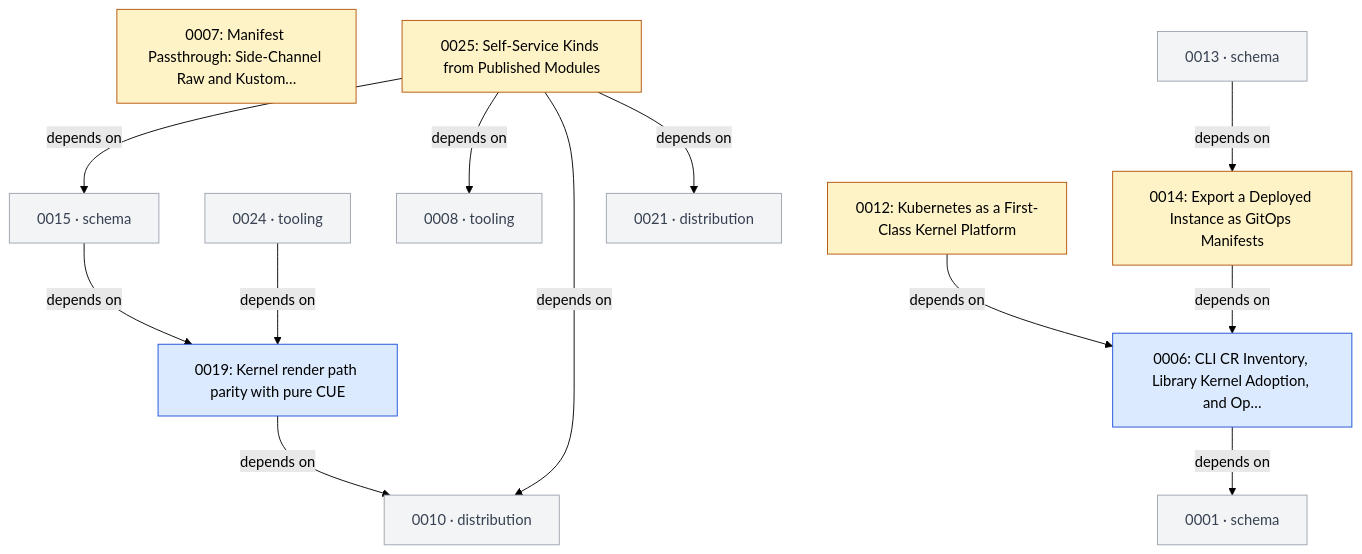
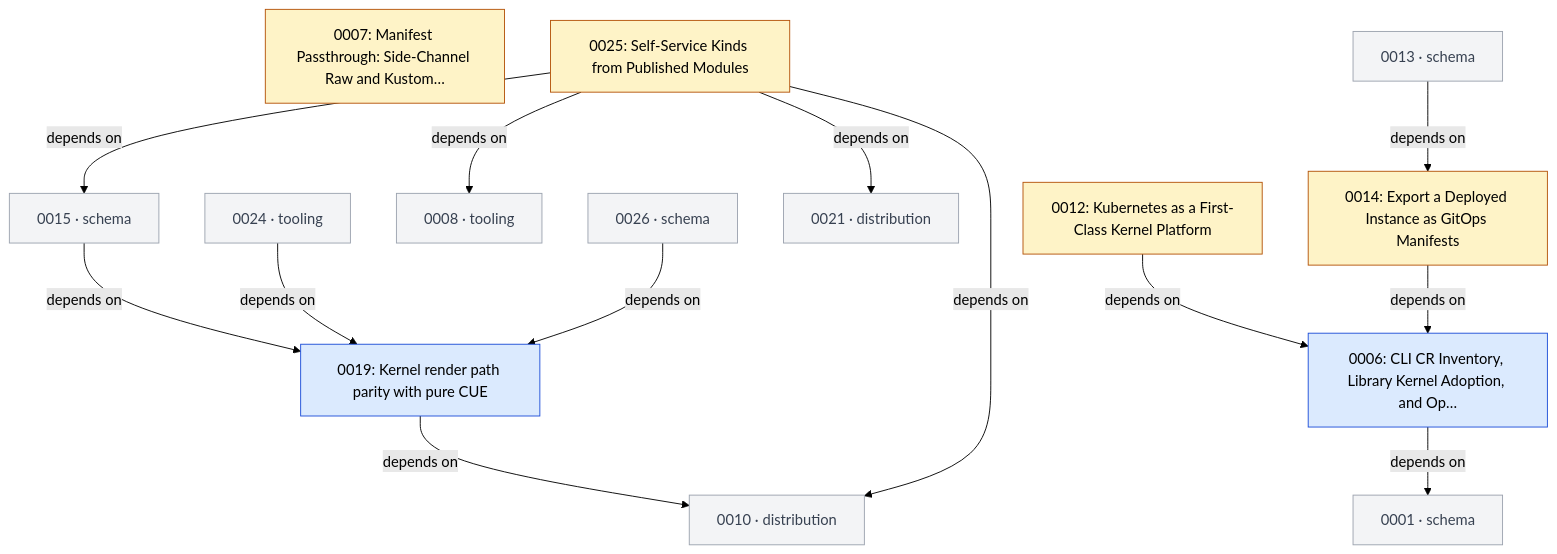
The third of 7 diagrams in GRAPH.md (open-platform-model/enhancements), drawn with Mermaid (forest theme) before and after one commit. The commit also changed other lines of this file and 14 other files, not shown here.

````diff
--- a/GRAPH.md
+++ b/GRAPH.md
@@ -83,36 +87,38 @@
 ```mermaid
 graph TD
   classDef draft       fill:#fef3c7,stroke:#b45309,color:#000
   classDef accepted    fill:#dbeafe,stroke:#1d4ed8,color:#000
   classDef rejected    fill:#fee2e2,stroke:#b91c1c,color:#7f1d1d,stroke-dasharray:4 2
   classDef superseded  fill:#e5e7eb,stroke:#6b7280,color:#6b7280
   classDef legacy      fill:#fafafa,stroke:#9ca3af,color:#6b7280,stroke-dasharray:3 3
   classDef stub        fill:#f3f4f6,stroke:#9ca3af,color:#374151
   classDef category    fill:#ede9fe,stroke:#6d28d9,color:#000
 
   N0006["0006: CLI CR Inventory, Library Kernel Adoption, and Op…"]:::accepted
   N0007["0007: Manifest Passthrough: Side-Channel Raw and Kustom…"]:::draft
   N0012["0012: Kubernetes as a First-Class Kernel Platform"]:::draft
   N0014["0014: Export a Deployed Instance as GitOps Manifests"]:::draft
   N0019["0019: Kernel render path parity with pure CUE"]:::accepted
   N0025["0025: Self-Service Kinds from Published Modules"]:::draft
   N0001["0001 · schema"]:::stub
   N0008["0008 · tooling"]:::stub
   N0010["0010 · distribution"]:::stub
   N0013["0013 · schema"]:::stub
   N0015["0015 · schema"]:::stub
   N0021["0021 · distribution"]:::stub
   N0024["0024 · tooling"]:::stub
+  N0026["0026 · schema"]:::stub
 
   N0006 -->|depends on| N0001
   N0012 -->|depends on| N0006
   N0013 -->|depends on| N0014
   N0014 -->|depends on| N0006
   N0015 -->|depends on| N0019
   N0019 -->|depends on| N0010
   N0024 -->|depends on| N0019
   N0025 -->|depends on| N0008
   N0025 -->|depends on| N0010
   N0025 -->|depends on| N0015
   N0025 -->|depends on| N0021
+  N0026 -->|depends on| N0019
 ```
````
